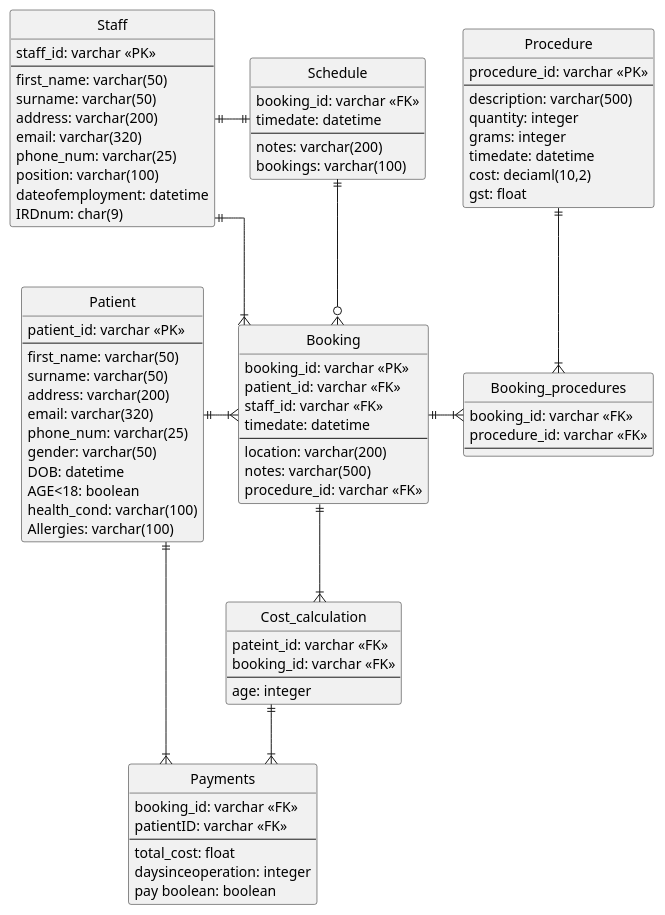
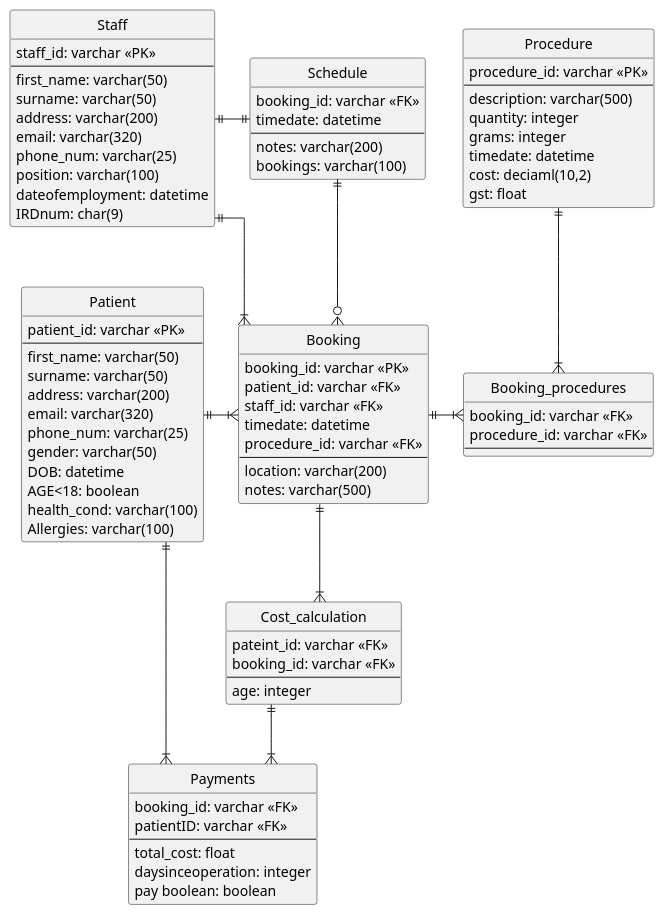
The diagram in ERD.puml (yosyu218/COSC344), drawn with PlantUML before and after one commit. The commit also changed other lines of this file, not shown here.

```diff
--- a/ERD.puml
+++ b/ERD.puml
@@ -1,97 +1,97 @@
 @startuml
 skinparam Style StrictUML
 skinparam Linetype ortho 
 
 
 
 entity "Patient" as patient {
     patient_id: varchar <<PK>>
     --
     first_name: varchar(50)
     surname: varchar(50)
     address: varchar(200)
     email: varchar(320)
     phone_num: varchar(25)
     gender: varchar(50)
     DOB: datetime
     AGE<18: boolean
     health_cond: varchar(100)
     Allergies: varchar(100)
 }
 
 entity "Staff" as staff {
     staff_id: varchar <<PK>>
     --
     first_name: varchar(50)
     surname: varchar(50)
     address: varchar(200) 
     email: varchar(320)
     phone_num: varchar(25)
     position: varchar(100)
     dateofemployment: datetime
     IRDnum: char(9)
     ' IRDnum is either 8 or 9 digits however, if its 8 an 0 is added at the front making it a 9 digit number
 }
 
 entity "Booking" as booking {
     booking_id: varchar <<PK>>
     patient_id: varchar <<FK>>
     staff_id: varchar <<FK>>
     timedate: datetime
+    procedure_id: varchar <<FK>>
     --
     location: varchar(200)
     notes: varchar(500)
-    procedure_id: varchar <<FK>>
 }
 
 entity "Procedure" as procedure {
     procedure_id: varchar <<PK>>
     --
     description: varchar(500)
     quantity: integer
     grams: integer
     timedate: datetime
     ' timedate to roughly know how long each procedure takes
     cost: deciaml(10,2)
     gst: float
 }
 
 entity "Booking_procedures" as booking_procedures{
     booking_id: varchar <<FK>>
     procedure_id: varchar <<FK>>
     --
 }
 
 entity "Schedule" as schedule {
     booking_id: varchar <<FK>>
     timedate: datetime
     --
     notes: varchar(200)
     bookings: varchar(100)
 }
 
 entity "Payments" as payments {
     booking_id: varchar <<FK>>
     patientID: varchar <<FK>>
     --
     total_cost: float
     daysinceoperation: integer
     pay boolean: boolean
 }
 
 entity "Cost_calculation" as cost_calculation {
     pateint_id: varchar <<FK>>
     booking_id: varchar <<FK>>
     --
     age: integer
 }
 patient ||-|{ booking
 staff ||--|{ booking
 booking ||-|{ booking_procedures
 procedure ||--|{ booking_procedures
 schedule ||-o{ booking
 staff ||-|| schedule
 booking ||--|{cost_calculation
 cost_calculation ||--|{ payments
 patient ||-|{ payments
 @enduml
```
